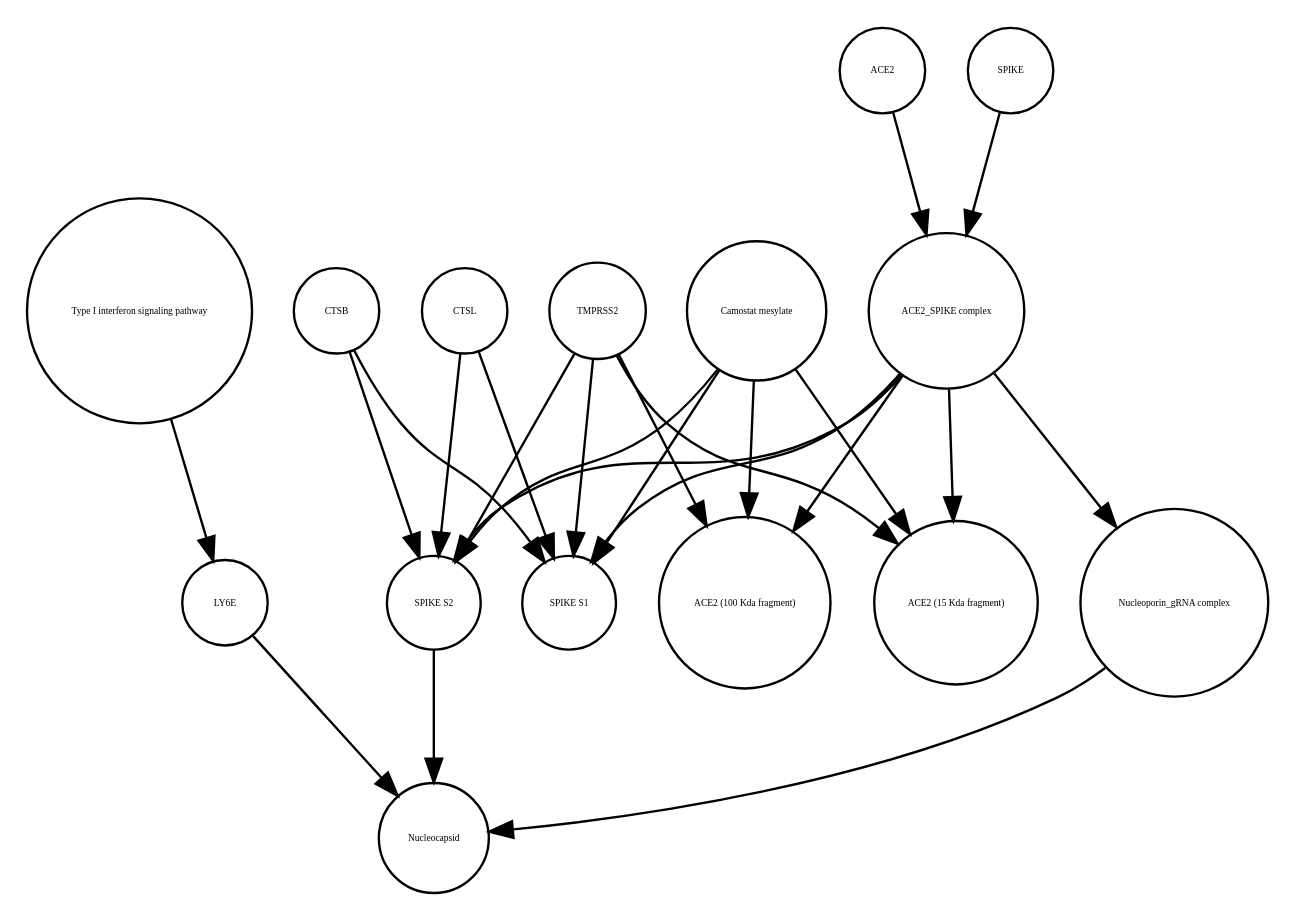
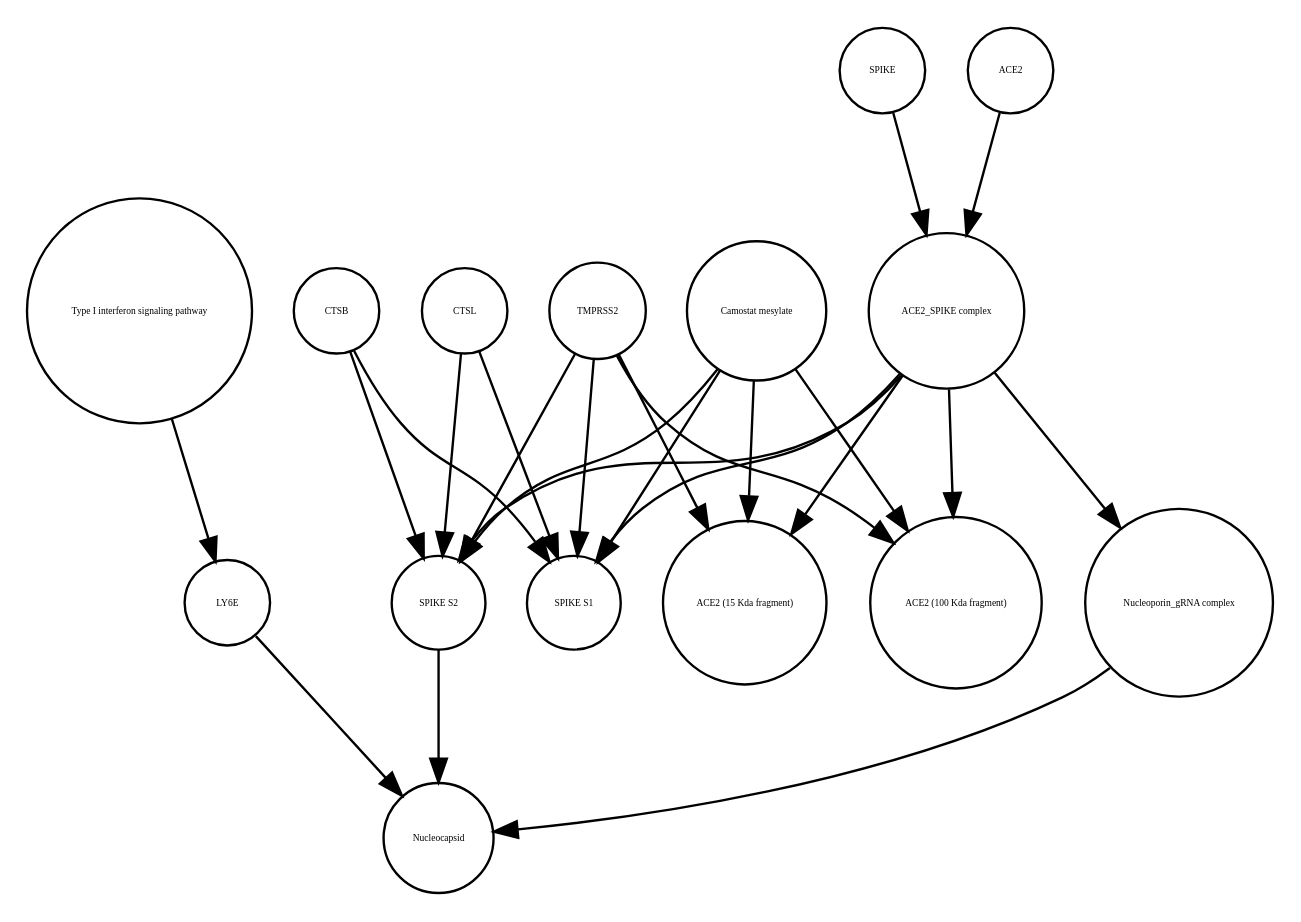
The diagram in Virus_replication_cycle_V02.xml_projected.dot (cannin/covid19-sbgn), drawn with Graphviz before and after one commit. The commit also changed other lines of this file and 572 other files, not shown here.

```diff
--- a/Virus_replication_cycle_V02.xml_projected.dot
+++ b/Virus_replication_cycle_V02.xml_projected.dot
@@ -1,40 +1,40 @@
 strict digraph  {
 "Type I interferon signaling pathway" [annotation="", bipartite=0, cls=phenotype, fontsize=4, label="Type I interferon signaling pathway", shape=circle];
 LY6E [annotation="", bipartite=0, cls=macromolecule, fontsize=4, label=LY6E, shape=circle];
+"ACE2 (15 Kda fragment)" [annotation="", bipartite=0, cls=macromolecule, fontsize=4, label="ACE2 (15 Kda fragment)", shape=circle];
+"SPIKE S2" [annotation="", bipartite=0, cls=macromolecule, fontsize=4, label="SPIKE S2", shape=circle];
+"SPIKE S1" [annotation="", bipartite=0, cls=macromolecule, fontsize=4, label="SPIKE S1", shape=circle];
+CTSB [annotation="", bipartite=0, cls=macromolecule, fontsize=4, label=CTSB, shape=circle];
+CTSL [annotation="", bipartite=0, cls=macromolecule, fontsize=4, label=CTSL, shape=circle];
+Nucleocapsid [annotation="", bipartite=0, cls=complex, fontsize=4, label=Nucleocapsid, shape=circle];
+SPIKE [annotation="", bipartite=0, cls="macromolecule multimer", fontsize=4, label=SPIKE, shape=circle];
+"Nucleoporin_gRNA complex " [annotation="", bipartite=0, cls=complex, fontsize=4, label="Nucleoporin_gRNA complex ", shape=circle];
+TMPRSS2 [annotation="", bipartite=0, cls=macromolecule, fontsize=4, label=TMPRSS2, shape=circle];
+"Camostat mesylate" [annotation="urn_miriam_pubchem.compound_2536", bipartite=0, cls="simple chemical", fontsize=4, label="Camostat mesylate", shape=circle];
 ACE2 [annotation="", bipartite=0, cls=macromolecule, fontsize=4, label=ACE2, shape=circle];
 "ACE2 (100 Kda fragment)" [annotation="", bipartite=0, cls=macromolecule, fontsize=4, label="ACE2 (100 Kda fragment)", shape=circle];
-Nucleocapsid [annotation="", bipartite=0, cls=complex, fontsize=4, label=Nucleocapsid, shape=circle];
-CTSB [annotation="", bipartite=0, cls=macromolecule, fontsize=4, label=CTSB, shape=circle];
-TMPRSS2 [annotation="", bipartite=0, cls=macromolecule, fontsize=4, label=TMPRSS2, shape=circle];
-CTSL [annotation="", bipartite=0, cls=macromolecule, fontsize=4, label=CTSL, shape=circle];
-"Camostat mesylate" [annotation="urn_miriam_pubchem.compound_2536", bipartite=0, cls="simple chemical", fontsize=4, label="Camostat mesylate", shape=circle];
 "ACE2_SPIKE complex" [annotation="", bipartite=0, cls=complex, fontsize=4, label="ACE2_SPIKE complex", shape=circle];
-"SPIKE S2" [annotation="", bipartite=0, cls=macromolecule, fontsize=4, label="SPIKE S2", shape=circle];
-"ACE2 (15 Kda fragment)" [annotation="", bipartite=0, cls=macromolecule, fontsize=4, label="ACE2 (15 Kda fragment)", shape=circle];
-"Nucleoporin_gRNA complex " [annotation="", bipartite=0, cls=complex, fontsize=4, label="Nucleoporin_gRNA complex ", shape=circle];
-"SPIKE S1" [annotation="", bipartite=0, cls=macromolecule, fontsize=4, label="SPIKE S1", shape=circle];
-SPIKE [annotation="", bipartite=0, cls="macromolecule multimer", fontsize=4, label=SPIKE, shape=circle];
 "Type I interferon signaling pathway" -> LY6E  [annotation="", interaction_type=stimulation];
 LY6E -> Nucleocapsid  [annotation="urn_miriam_doi_10.1101%2F2020.03.05.979260|urn_miriam_doi_10.1101%2F2020.04.02.021469", interaction_type=inhibition];
-ACE2 -> "ACE2_SPIKE complex"  [annotation="", interaction_type=production];
+"SPIKE S2" -> Nucleocapsid  [annotation="", interaction_type=stimulation];
 CTSB -> "SPIKE S2"  [annotation=urn_miriam_pubmed_32142651, interaction_type=catalysis];
 CTSB -> "SPIKE S1"  [annotation=urn_miriam_pubmed_32142651, interaction_type=catalysis];
+CTSL -> "SPIKE S2"  [annotation=urn_miriam_pubmed_32142651, interaction_type=catalysis];
+CTSL -> "SPIKE S1"  [annotation=urn_miriam_pubmed_32142651, interaction_type=catalysis];
+SPIKE -> "ACE2_SPIKE complex"  [annotation="", interaction_type=production];
+"Nucleoporin_gRNA complex " -> Nucleocapsid  [annotation="", interaction_type=production];
+TMPRSS2 -> "ACE2 (15 Kda fragment)"  [annotation="urn_miriam_pubmed_32142651|urn_miriam_pubmed_32094589|urn_miriam_pubmed_24227843", interaction_type=catalysis];
 TMPRSS2 -> "SPIKE S2"  [annotation="urn_miriam_pubmed_32142651|urn_miriam_pubmed_32094589|urn_miriam_pubmed_24227843", interaction_type=catalysis];
-TMPRSS2 -> "ACE2 (15 Kda fragment)"  [annotation="urn_miriam_pubmed_32142651|urn_miriam_pubmed_32094589|urn_miriam_pubmed_24227843", interaction_type=catalysis];
 TMPRSS2 -> "SPIKE S1"  [annotation="urn_miriam_pubmed_32142651|urn_miriam_pubmed_32094589|urn_miriam_pubmed_24227843", interaction_type=catalysis];
 TMPRSS2 -> "ACE2 (100 Kda fragment)"  [annotation="urn_miriam_pubmed_32142651|urn_miriam_pubmed_32094589|urn_miriam_pubmed_24227843", interaction_type=catalysis];
-CTSL -> "SPIKE S2"  [annotation=urn_miriam_pubmed_32142651, interaction_type=catalysis];
-CTSL -> "SPIKE S1"  [annotation=urn_miriam_pubmed_32142651, interaction_type=catalysis];
+"Camostat mesylate" -> "ACE2 (15 Kda fragment)"  [annotation="urn_miriam_pubmed_32142651|urn_miriam_pubmed_32094589|urn_miriam_pubmed_24227843", interaction_type=inhibition];
 "Camostat mesylate" -> "SPIKE S2"  [annotation="urn_miriam_pubmed_32142651|urn_miriam_pubmed_32094589|urn_miriam_pubmed_24227843", interaction_type=inhibition];
-"Camostat mesylate" -> "ACE2 (15 Kda fragment)"  [annotation="urn_miriam_pubmed_32142651|urn_miriam_pubmed_32094589|urn_miriam_pubmed_24227843", interaction_type=inhibition];
 "Camostat mesylate" -> "SPIKE S1"  [annotation="urn_miriam_pubmed_32142651|urn_miriam_pubmed_32094589|urn_miriam_pubmed_24227843", interaction_type=inhibition];
 "Camostat mesylate" -> "ACE2 (100 Kda fragment)"  [annotation="urn_miriam_pubmed_32142651|urn_miriam_pubmed_32094589|urn_miriam_pubmed_24227843", interaction_type=inhibition];
+ACE2 -> "ACE2_SPIKE complex"  [annotation="", interaction_type=production];
+"ACE2_SPIKE complex" -> "ACE2 (15 Kda fragment)"  [annotation="", interaction_type=production];
 "ACE2_SPIKE complex" -> "SPIKE S2"  [annotation="", interaction_type=production];
 "ACE2_SPIKE complex" -> "SPIKE S1"  [annotation="", interaction_type=production];
+"ACE2_SPIKE complex" -> "ACE2 (100 Kda fragment)"  [annotation="", interaction_type=production];
 "ACE2_SPIKE complex" -> "Nucleoporin_gRNA complex "  [annotation="urn_miriam_pubmed_32142651|urn_miriam_pubmed_32094589", interaction_type=stimulation];
-"ACE2_SPIKE complex" -> "ACE2 (100 Kda fragment)"  [annotation="", interaction_type=production];
-"ACE2_SPIKE complex" -> "ACE2 (15 Kda fragment)"  [annotation="", interaction_type=production];
-"SPIKE S2" -> Nucleocapsid  [annotation="", interaction_type=stimulation];
-"Nucleoporin_gRNA complex " -> Nucleocapsid  [annotation="", interaction_type=production];
-SPIKE -> "ACE2_SPIKE complex"  [annotation="", interaction_type=production];
 }
```
